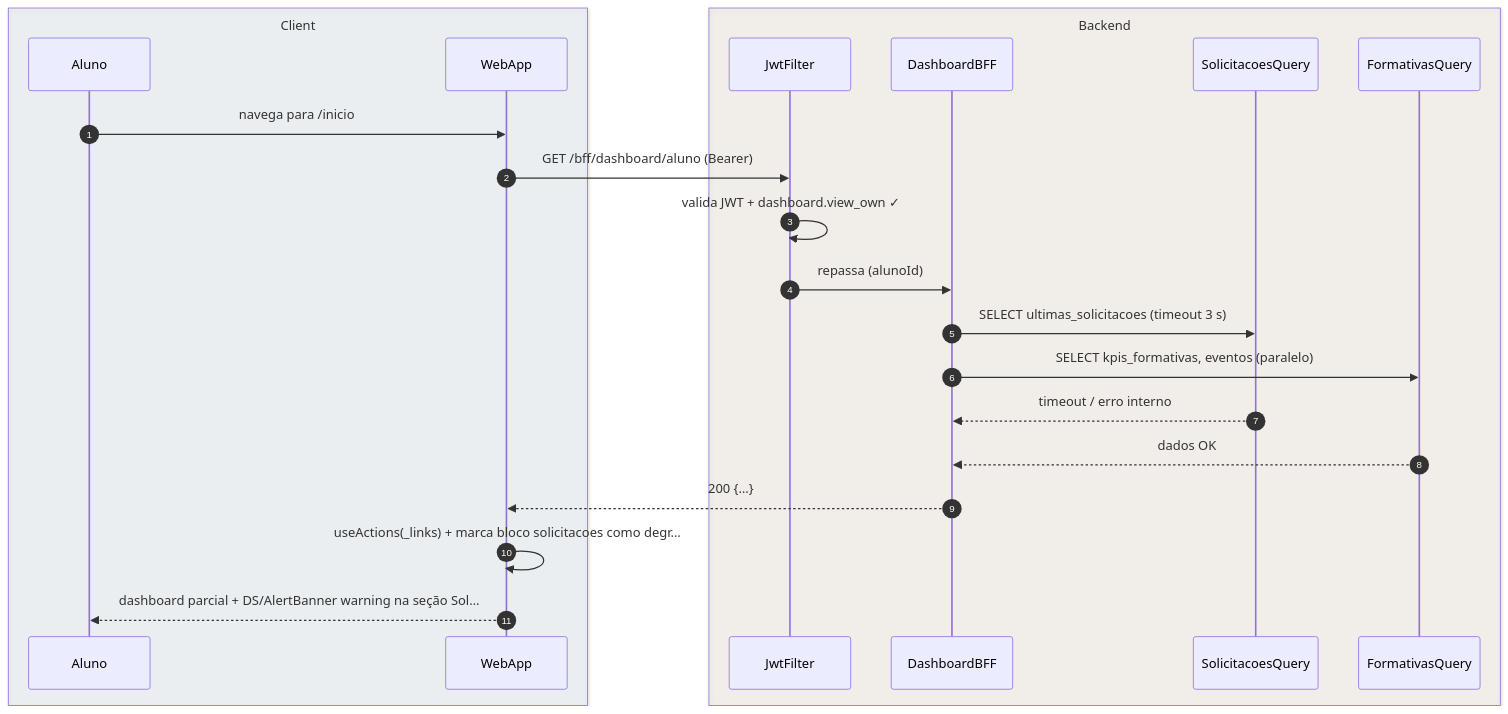
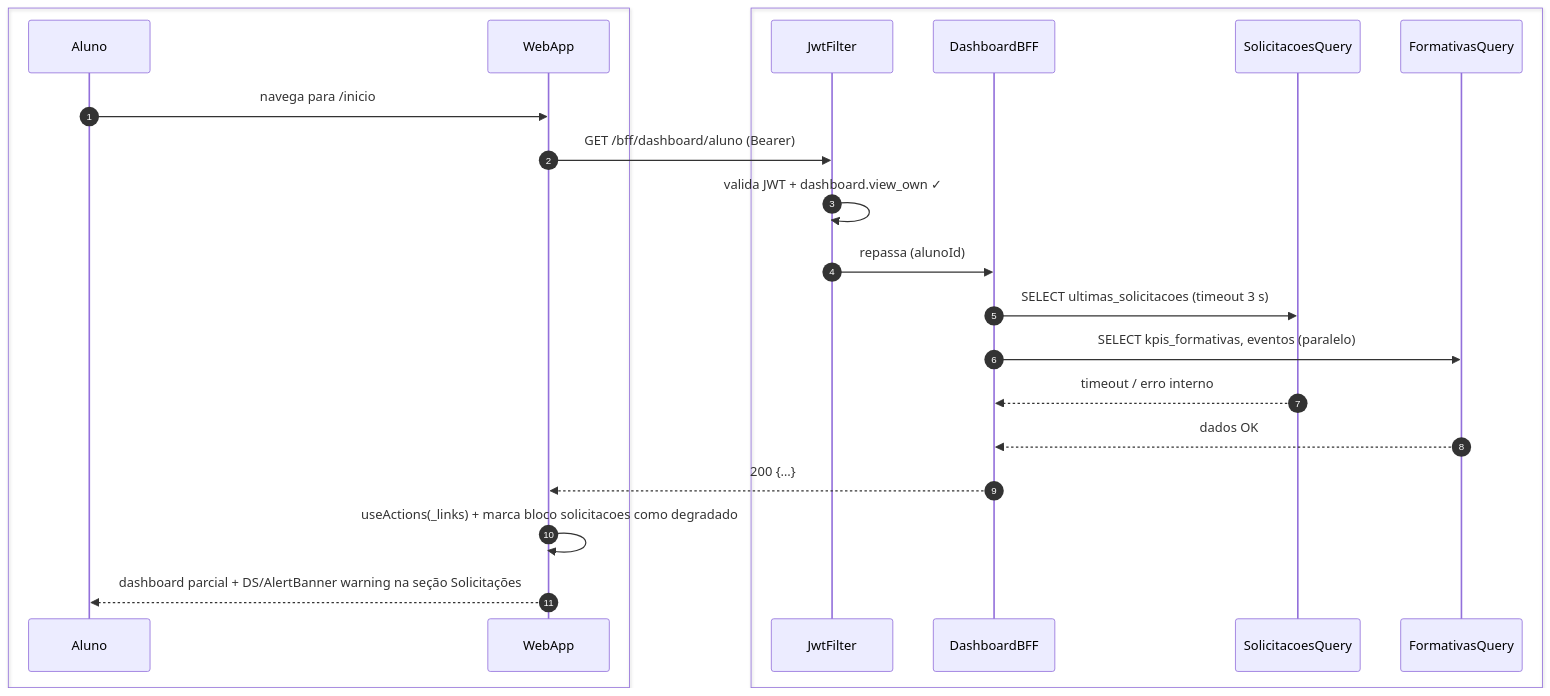
One commit to umishell/secretariaOnline2 changed the third of 4 diagrams in foundationDocs/sequenceDiagrams/F1 — Aluno/US-F1-001-DASHBOARD.md. Above: the diagram before and after it, drawn with Mermaid. The commit also changed other lines of this file and 70 other files, not shown here.

First line of the commit message:
Enhance database documentation and introduce new schema files

````diff
--- a/foundationDocs/sequenceDiagrams/F1 — Aluno/US-F1-001-DASHBOARD.md
+++ b/foundationDocs/sequenceDiagrams/F1 — Aluno/US-F1-001-DASHBOARD.md
@@ -141,26 +141,26 @@
 ```mermaid
 sequenceDiagram
     autonumber
-    box rgba(230,245,255,0.3) Client
+    box #e8f4fc Cliente
         participant Aluno
         participant WebApp
     end
-    box rgba(255,245,230,0.3) Backend
+    box #fff8ee Servidor
         participant JwtFilter
         participant DashboardBFF
         participant SolicitacoesQuery
         participant FormativasQuery
     end
 
     Aluno->>WebApp: navega para /inicio
     WebApp->>JwtFilter: GET /bff/dashboard/aluno (Bearer)
     JwtFilter->>JwtFilter: valida JWT + dashboard.view_own ✓
     JwtFilter->>DashboardBFF: repassa (alunoId)
     DashboardBFF->>SolicitacoesQuery: SELECT ultimas_solicitacoes (timeout 3 s)
     DashboardBFF->>FormativasQuery: SELECT kpis_formativas, eventos (paralelo)
     SolicitacoesQuery-->>DashboardBFF: timeout / erro interno
     FormativasQuery-->>DashboardBFF: dados OK
     DashboardBFF-->>WebApp: 200 {…}
-    WebApp->>WebApp: useActions(_links) + marca bloco solicitacoes como degr…
-    WebApp-->>Aluno: dashboard parcial + DS/AlertBanner warning na seção Sol…
+    WebApp->>WebApp: useActions(_links) + marca bloco solicitacoes como degradado
+    WebApp-->>Aluno: dashboard parcial + DS/AlertBanner warning na seção Solicitações
 ```
````
